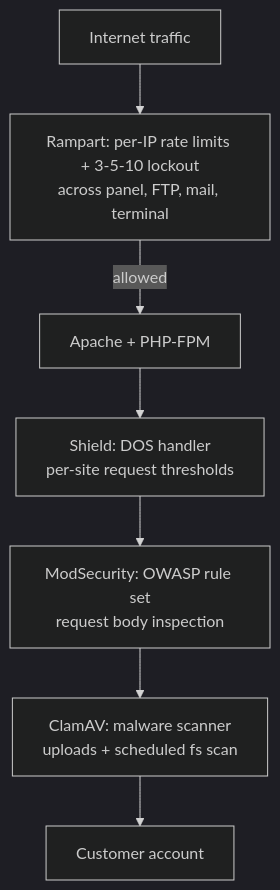
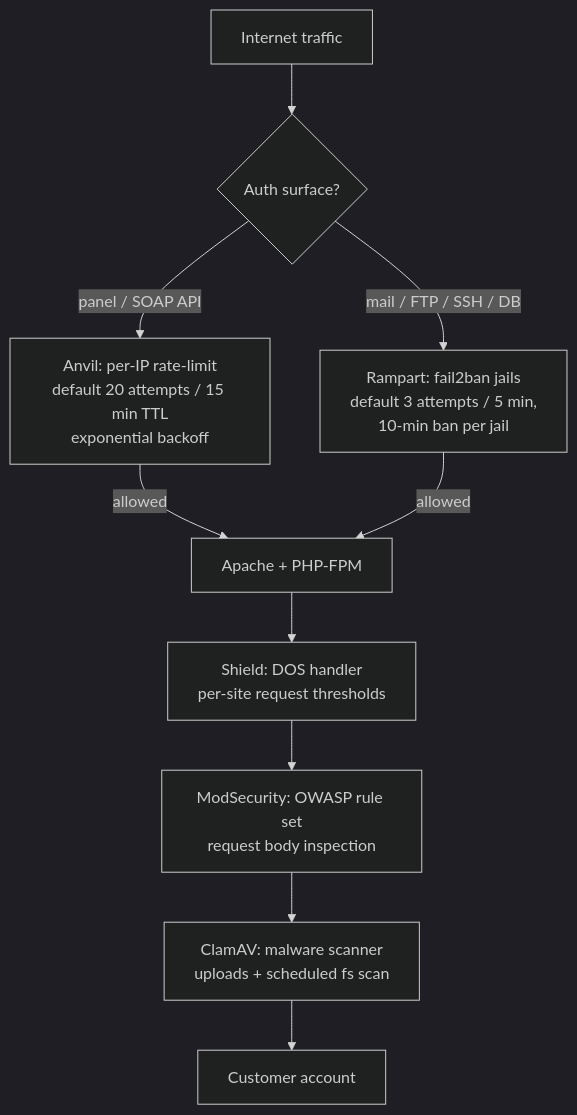
The diagram in src/content/lessons/apiscp/l3/03-the-security-stack.mdx (ccp-aus/learn), drawn with Mermaid (dark theme) before and after one commit. The commit also changed other lines of this file and 8 other files, not shown here.

````diff
--- a/src/content/lessons/apiscp/l3/03-the-security-stack.mdx
+++ b/src/content/lessons/apiscp/l3/03-the-security-stack.mdx
@@ -17,9 +17,12 @@
 ```mermaid
 flowchart TD
-    Internet[Internet traffic] --> Rampart[Rampart: per-IP rate limits + 3-5-10 lockout<br/>across panel, FTP, mail, terminal]
-    Rampart -->|allowed| Apache[Apache + PHP-FPM]
+    Internet[Internet traffic] --> Split{Auth surface?}
+    Split -- "panel / SOAP API" --> Anvil[Anvil: per-IP rate-limit<br/>default 20 attempts / 15 min TTL<br/>exponential backoff]
+    Split -- "mail / FTP / SSH / DB" --> Rampart[Rampart: fail2ban jails<br/>default 3 attempts / 5 min,<br/>10-min ban per jail]
+    Anvil -->|allowed| Apache[Apache + PHP-FPM]
+    Rampart -->|allowed| Apache
     Apache --> Shield[Shield: DOS handler<br/>per-site request thresholds]
     Shield --> ModSec[ModSecurity: OWASP rule set<br/>request body inspection]
     ModSec --> ClamAV[ClamAV: malware scanner<br/>uploads + scheduled fs scan]
     ClamAV --> Account[Customer account]
 ```
````
